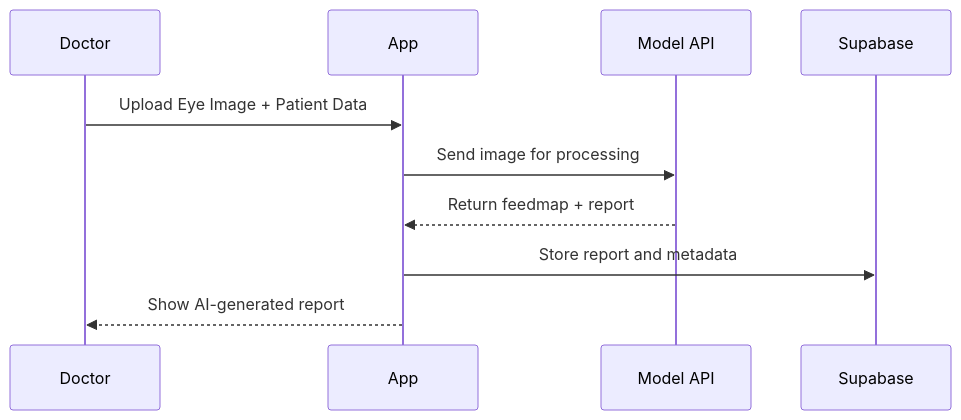
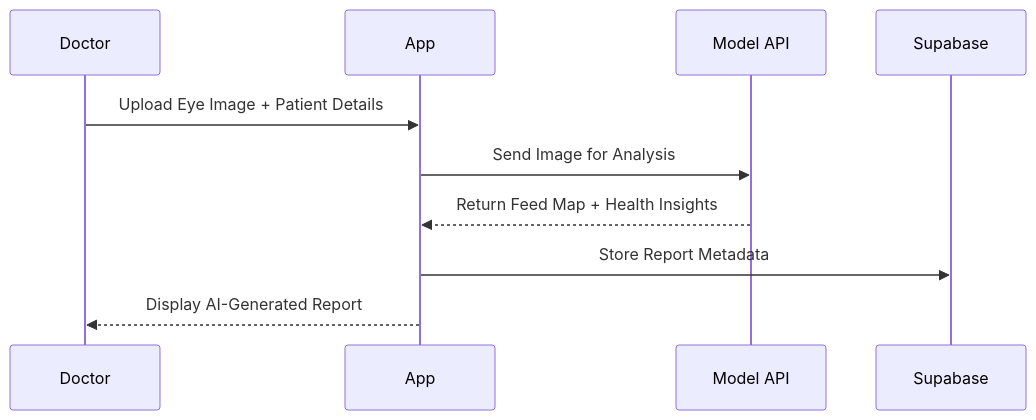
The second of 3 diagrams in README.md (AppajiDheeraj/NetraAI), drawn with Mermaid before and after one commit. The commit also changed other lines of this file, not shown here.

````diff
--- a/README.md
+++ b/README.md
@@ -182,13 +196,13 @@
 ```mermaid
 sequenceDiagram
     participant D as Doctor
     participant A as App
     participant AI as Model API
     participant DB as Supabase
 
-    D->>A: Upload Eye Image + Patient Data
-    A->>AI: Send image for processing
-    AI-->>A: Return feedmap + report
-    A->>DB: Store report and metadata
-    A-->>D: Show AI-generated report
+    D->>A: Upload Eye Image + Patient Details
+    A->>AI: Send Image for Analysis
+    AI-->>A: Return Feed Map + Health Insights
+    A->>DB: Store Report Metadata
+    A-->>D: Display AI-Generated Report
 ```
````
